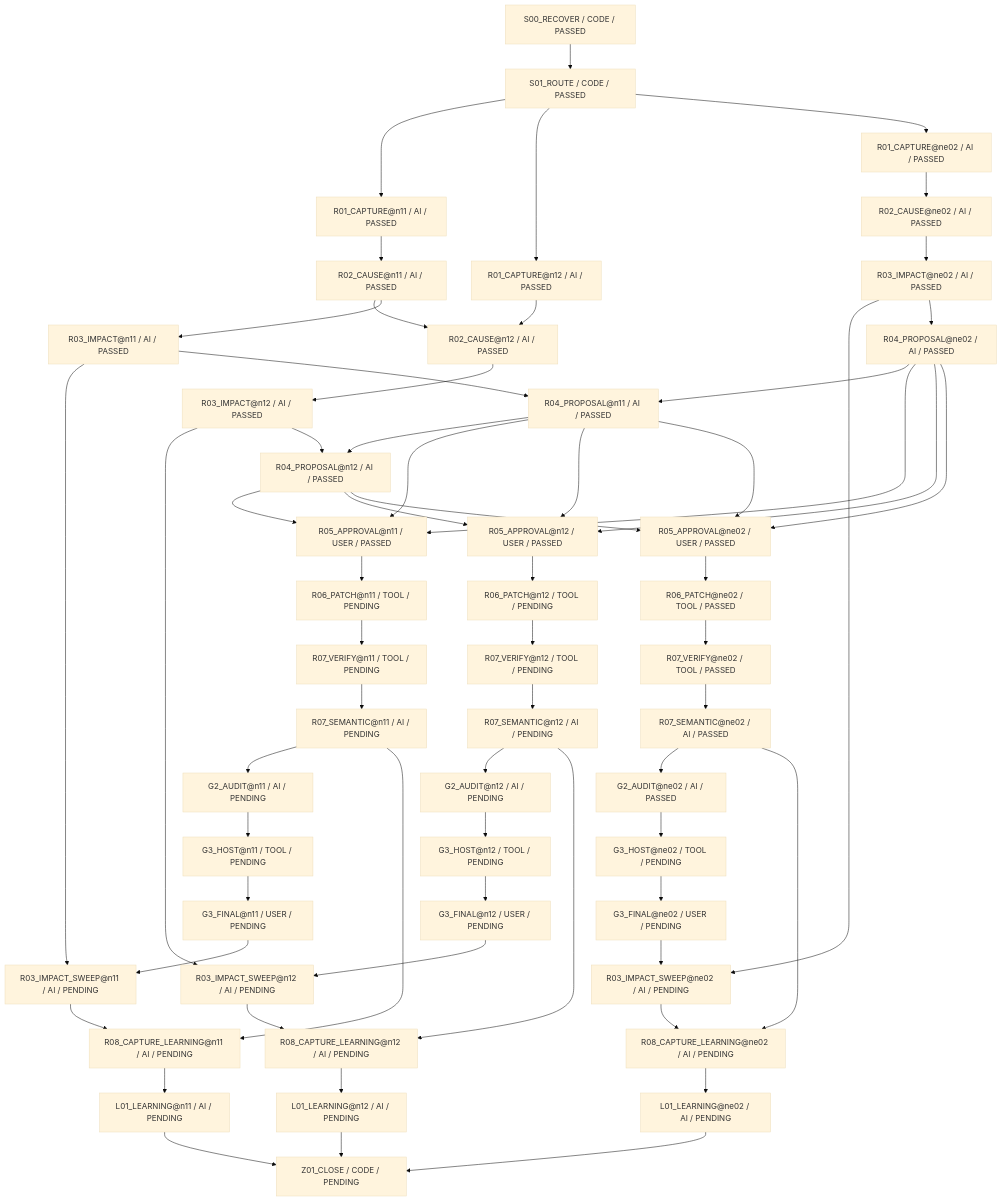
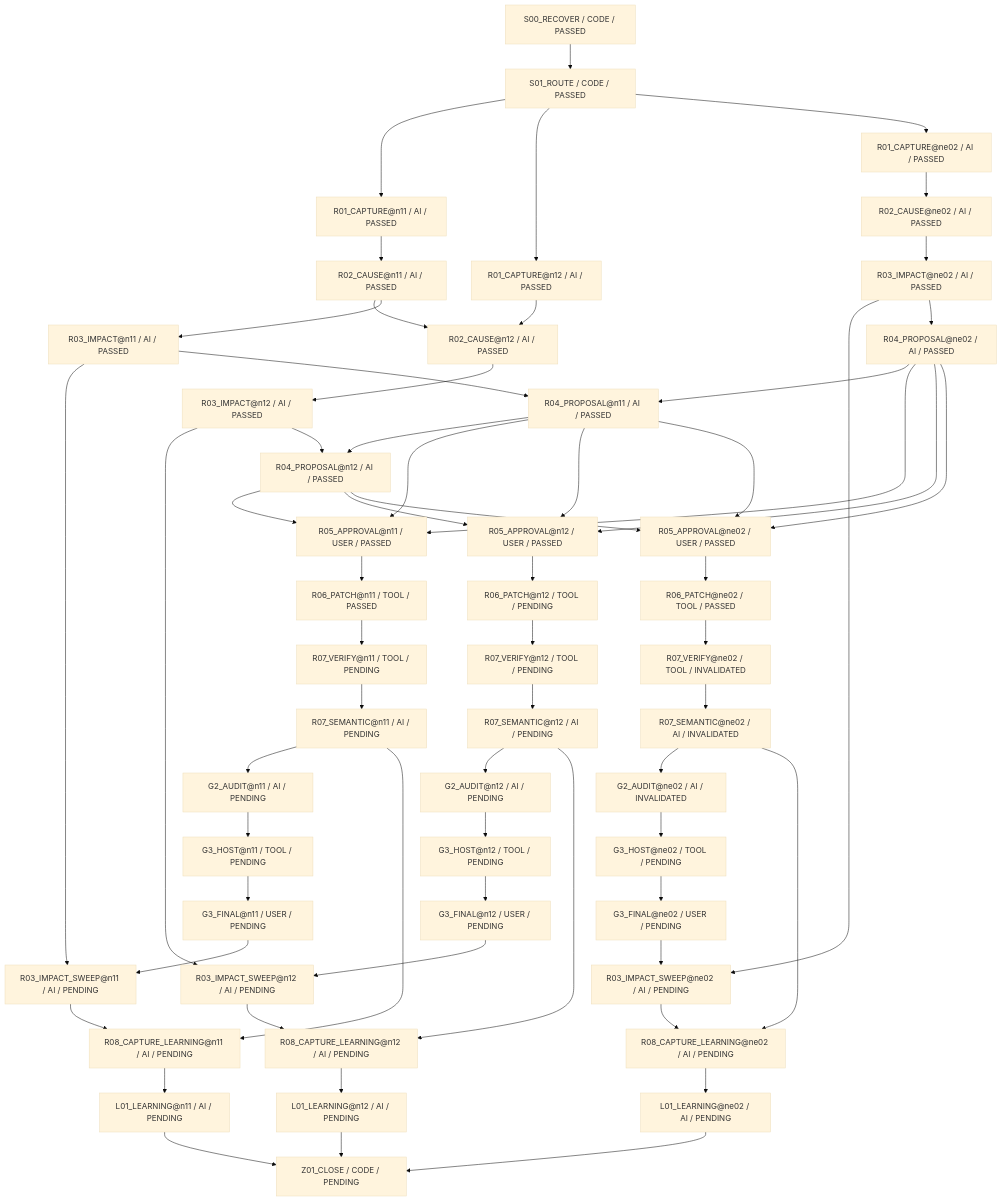
The diagram in work/items/W-MATH-036-ne02-n11-n12-guided-design/generated/BLOCK_FIRE_DIAGRAM.md (rrikunagasige-dot/kyotsu-step-web), drawn with Mermaid (base theme) before and after one commit. The commit also changed other lines of this file and 55 other files, not shown here.

```diff
--- a/work/items/W-MATH-036-ne02-n11-n12-guided-design/generated/BLOCK_FIRE_DIAGRAM.md
+++ b/work/items/W-MATH-036-ne02-n11-n12-guided-design/generated/BLOCK_FIRE_DIAGRAM.md
@@ -12,14 +12,14 @@
   N5["R04_PROPOSAL@ne02 / AI / PASSED"]
   N6["R05_APPROVAL@ne02 / USER / PASSED"]
   N7["R06_PATCH@ne02 / TOOL / PASSED"]
-  N8["R07_VERIFY@ne02 / TOOL / PASSED"]
-  N9["R07_SEMANTIC@ne02 / AI / PASSED"]
+  N8["R07_VERIFY@ne02 / TOOL / INVALIDATED"]
+  N9["R07_SEMANTIC@ne02 / AI / INVALIDATED"]
   N10["R01_CAPTURE@n11 / AI / PASSED"]
   N11["R02_CAUSE@n11 / AI / PASSED"]
   N12["R03_IMPACT@n11 / AI / PASSED"]
   N13["R04_PROPOSAL@n11 / AI / PASSED"]
   N14["R05_APPROVAL@n11 / USER / PASSED"]
-  N15["R06_PATCH@n11 / TOOL / PENDING"]
+  N15["R06_PATCH@n11 / TOOL / PASSED"]
   N16["R07_VERIFY@n11 / TOOL / PENDING"]
   N17["R07_SEMANTIC@n11 / AI / PENDING"]
   N18["R01_CAPTURE@n12 / AI / PASSED"]
@@ -30,7 +30,7 @@
   N23["R06_PATCH@n12 / TOOL / PENDING"]
   N24["R07_VERIFY@n12 / TOOL / PENDING"]
   N25["R07_SEMANTIC@n12 / AI / PENDING"]
-  N26["G2_AUDIT@ne02 / AI / PASSED"]
+  N26["G2_AUDIT@ne02 / AI / INVALIDATED"]
   N27["G3_HOST@ne02 / TOOL / PENDING"]
   N28["G3_FINAL@ne02 / USER / PENDING"]
   N29["R03_IMPACT_SWEEP@ne02 / AI / PENDING"]
```
